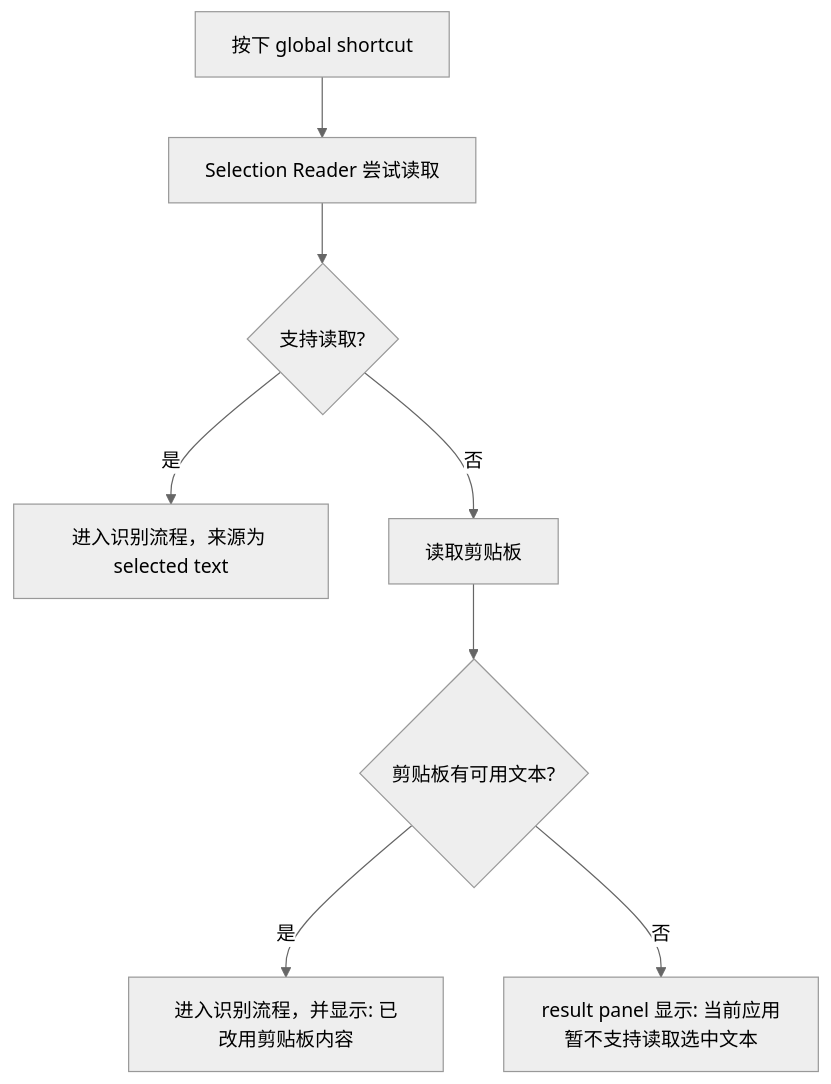
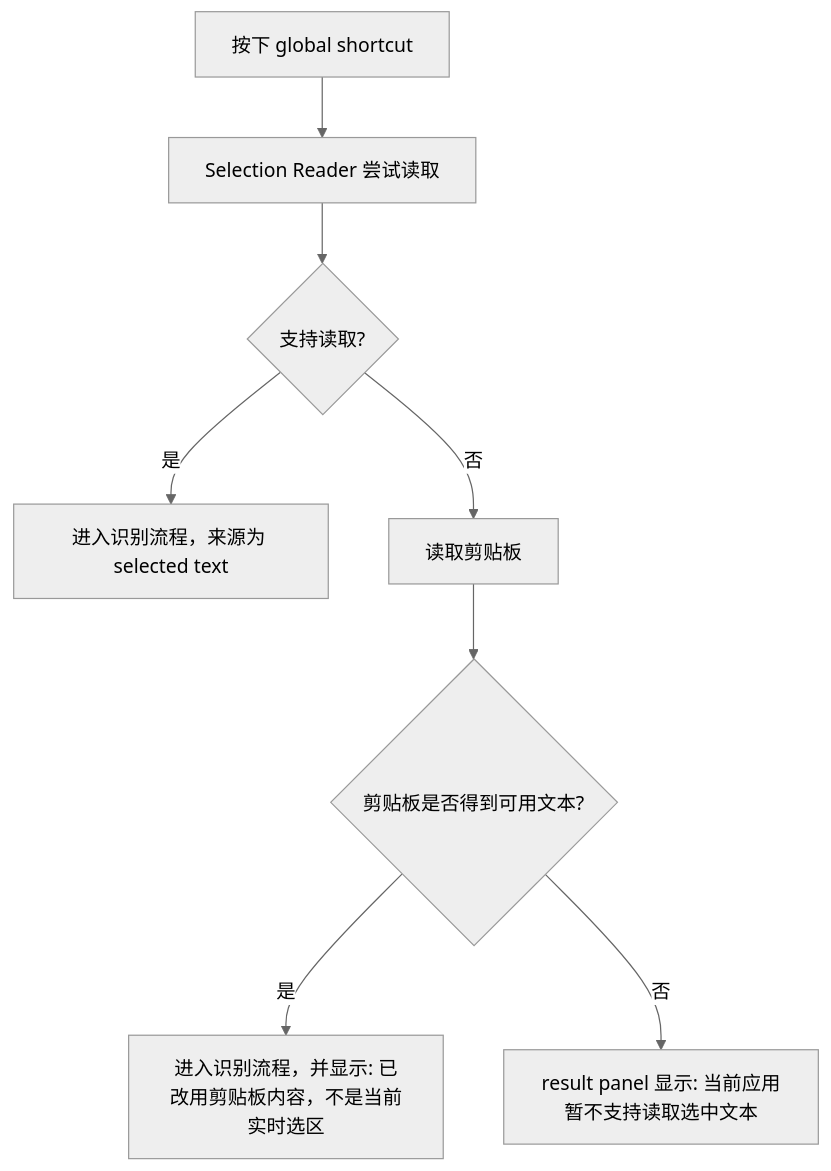
Before and after one commit to SaneHe/mac-tools: the fifth of 7 diagrams in docs/interaction/mac-text-actions-interaction-flow.md, drawn with Mermaid (neutral theme). The commit also changed other lines of this file and 6 other files, not shown here.

````diff
--- a/docs/interaction/mac-text-actions-interaction-flow.md
+++ b/docs/interaction/mac-text-actions-interaction-flow.md
@@ -69,10 +89,10 @@
 ```mermaid
 flowchart TD
     A["按下 global shortcut"] --> B["Selection Reader 尝试读取"]
     B --> C{"支持读取?"}
     C -- "是" --> D["进入识别流程，来源为 selected text"]
     C -- "否" --> E["读取剪贴板"]
-    E --> F{"剪贴板有可用文本?"}
-    F -- "是" --> G["进入识别流程，并显示: 已改用剪贴板内容"]
+    E --> F{"剪贴板是否得到可用文本?"}
+    F -- "是" --> G["进入识别流程，并显示: 已改用剪贴板内容，不是当前实时选区"]
     F -- "否" --> H["result panel 显示: 当前应用暂不支持读取选中文本"]
 ```
````
